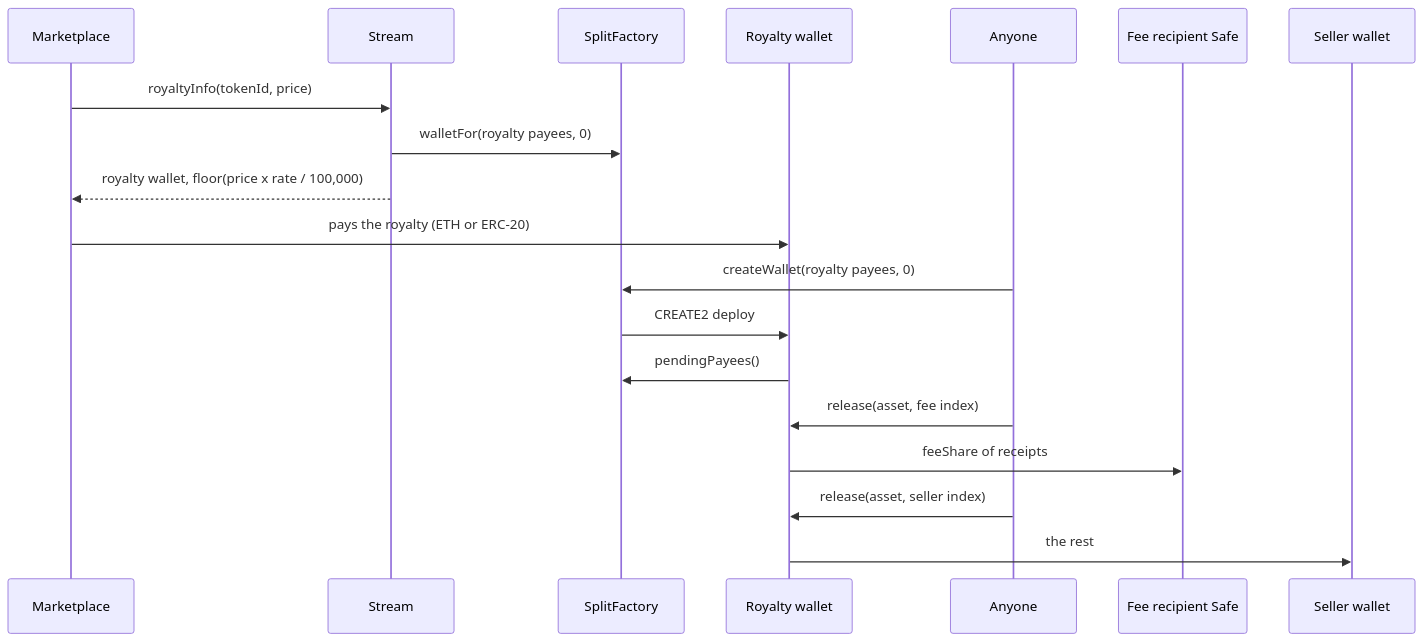
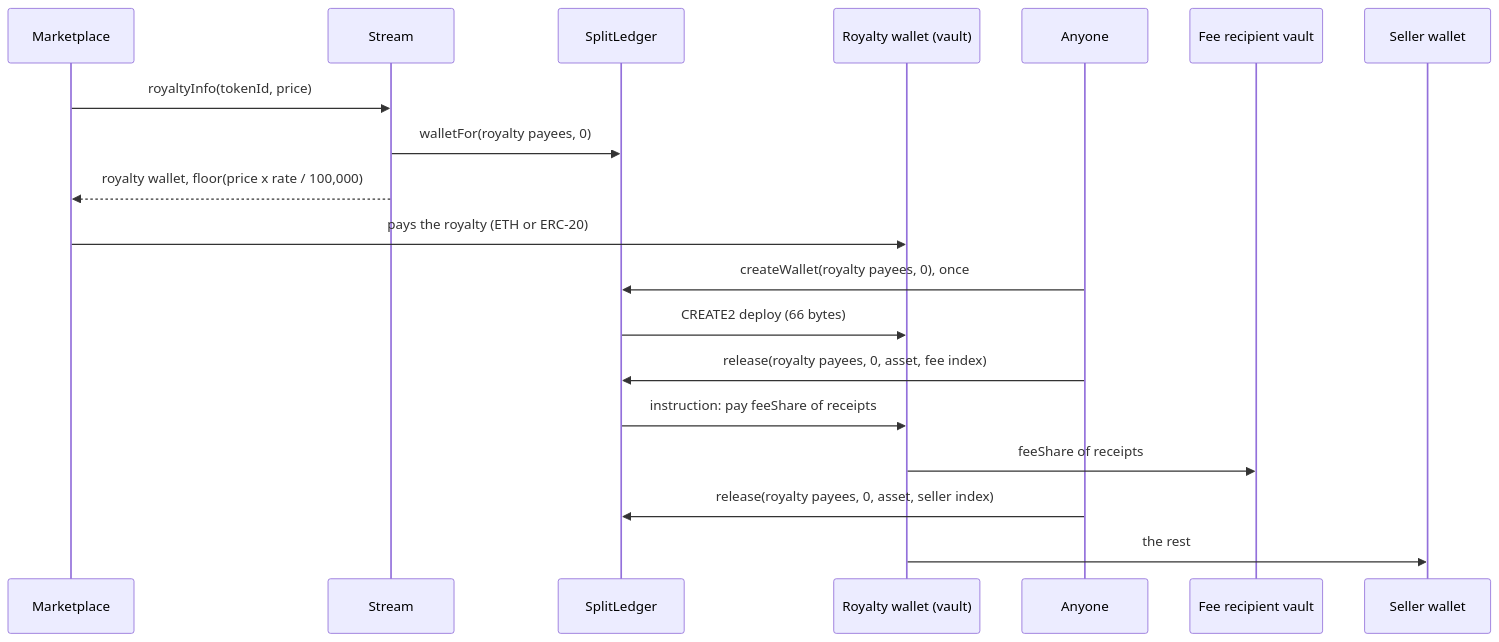
One commit to 6529-Collections/6529-works changed the fifth of 8 diagrams in docs/spec/economics-and-payouts.md. Above: the diagram before and after it, drawn with Mermaid. The commit also changed other lines of this file and 369 other files, not shown here.

````diff
--- a/docs/spec/economics-and-payouts.md
+++ b/docs/spec/economics-and-payouts.md
@@ -349,21 +429,21 @@
 ```mermaid
 sequenceDiagram
     participant Market as Marketplace
     participant Stream as Stream
-    participant Factory as SplitFactory
-    participant Royalty as Royalty wallet
+    participant Ledger as SplitLedger
+    participant Royalty as Royalty wallet (vault)
     participant Anyone as Anyone
-    participant Fee as Fee recipient Safe
+    participant Fee as Fee recipient vault
     participant Seller as Seller wallet
     Market->>Stream: royaltyInfo(tokenId, price)
-    Stream->>Factory: walletFor(royalty payees, 0)
+    Stream->>Ledger: walletFor(royalty payees, 0)
     Stream-->>Market: royalty wallet, floor(price x rate / 100,000)
     Market->>Royalty: pays the royalty (ETH or ERC-20)
-    Anyone->>Factory: createWallet(royalty payees, 0)
-    Factory->>Royalty: CREATE2 deploy
-    Royalty->>Factory: pendingPayees()
-    Anyone->>Royalty: release(asset, fee index)
+    Anyone->>Ledger: createWallet(royalty payees, 0), once
+    Ledger->>Royalty: CREATE2 deploy (66 bytes)
+    Anyone->>Ledger: release(royalty payees, 0, asset, fee index)
+    Ledger->>Royalty: instruction: pay feeShare of receipts
     Royalty->>Fee: feeShare of receipts
-    Anyone->>Royalty: release(asset, seller index)
+    Anyone->>Ledger: release(royalty payees, 0, asset, seller index)
     Royalty->>Seller: the rest
 ```
````
